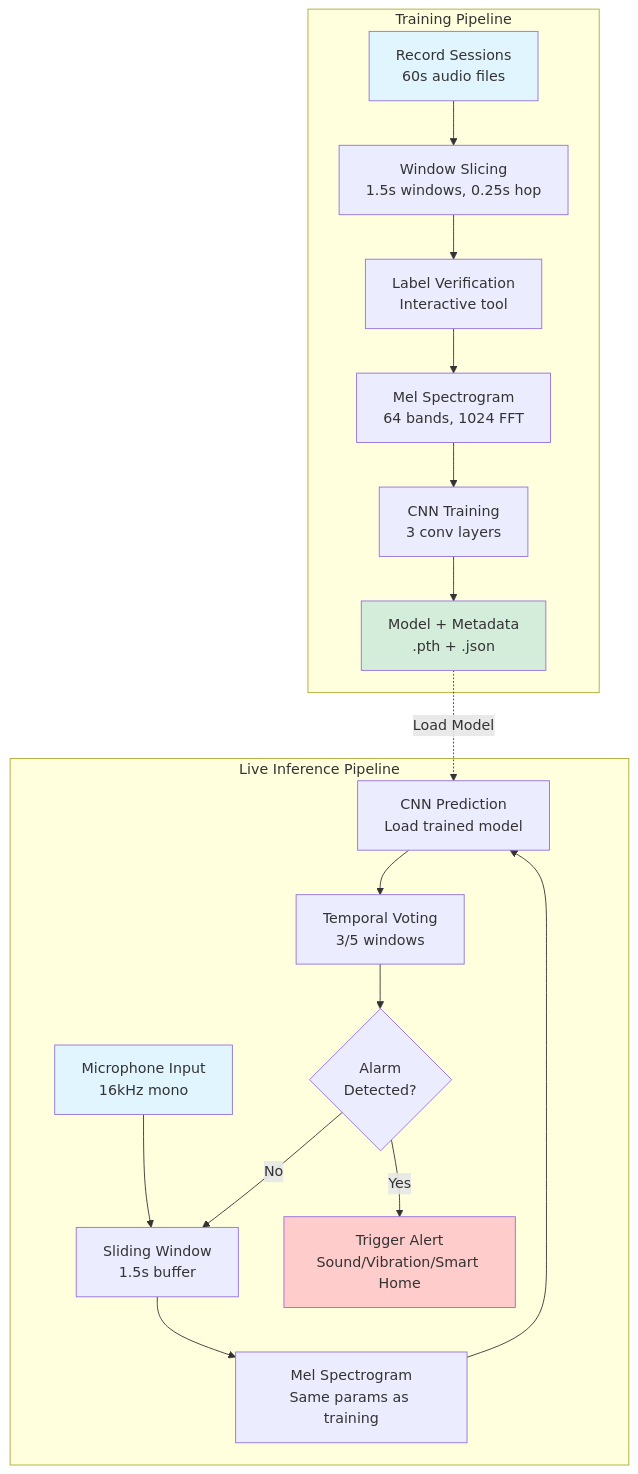
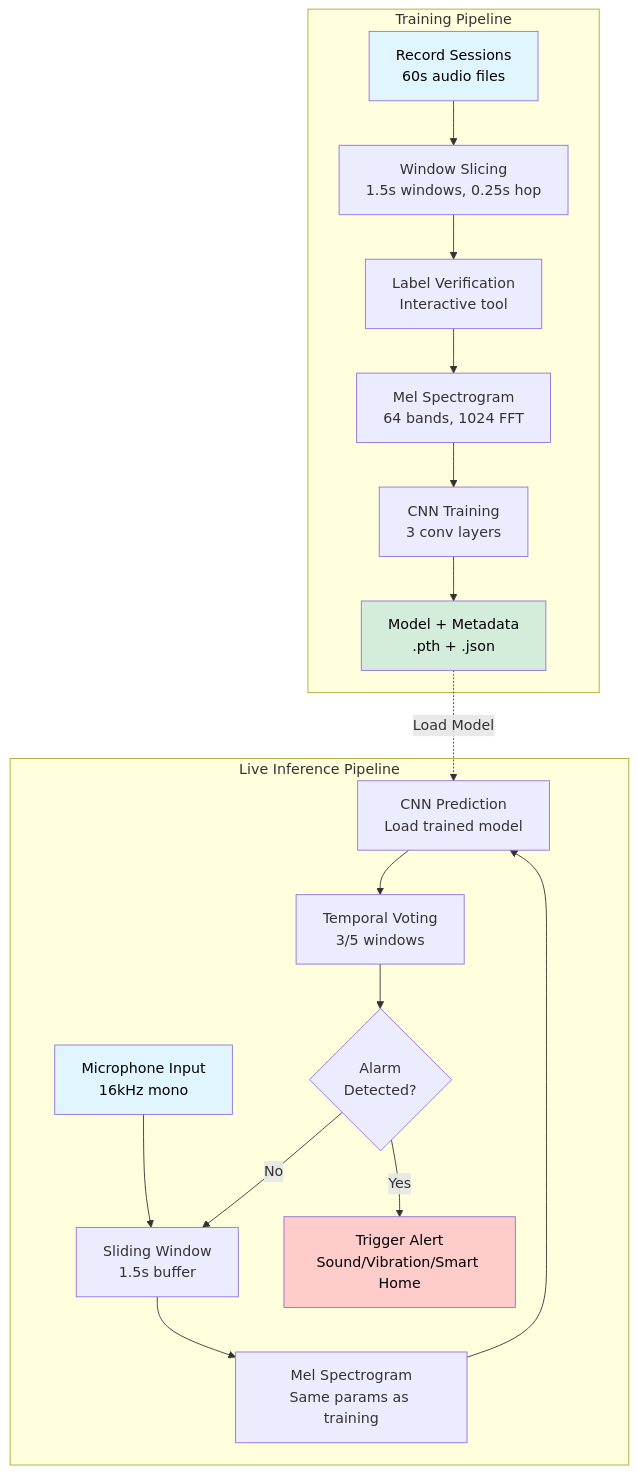
One commit to butlerwill1/low-glucose-audio-alarm-cnn-detector changed the diagram in README.md. Above: the diagram before and after it, drawn with Mermaid.

Commit message:
Change diagram background colour

````diff
--- a/README.md
+++ b/README.md
@@ -47,27 +47,27 @@
 ```mermaid
 graph TB
     subgraph Training["Training Pipeline"]
         A[Record Sessions<br/>60s audio files] --> B[Window Slicing<br/>1.5s windows, 0.25s hop]
         B --> C[Label Verification<br/>Interactive tool]
         C --> D[Mel Spectrogram<br/>64 bands, 1024 FFT]
         D --> E[CNN Training<br/>3 conv layers]
         E --> F[Model + Metadata<br/>.pth + .json]
     end
 
     subgraph Inference["Live Inference Pipeline"]
         G[Microphone Input<br/>16kHz mono] --> H[Sliding Window<br/>1.5s buffer]
         H --> I[Mel Spectrogram<br/>Same params as training]
         I --> J[CNN Prediction<br/>Load trained model]
         J --> K[Temporal Voting<br/>3/5 windows]
         K --> L{Alarm<br/>Detected?}
         L -->|Yes| M[Trigger Alert<br/>Sound/Vibration/Smart Home]
         L -->|No| H
     end
 
     F -.->|Load Model| J
 
-    style A fill:#e1f5ff
-    style G fill:#e1f5ff
-    style M fill:#ffcccc
-    style F fill:#d4edda
+    style A fill:#e1f5ff,color:#000
+    style G fill:#e1f5ff,color:#000
+    style M fill:#ffcccc,color:#000
+    style F fill:#d4edda,color:#000
 ```
````
